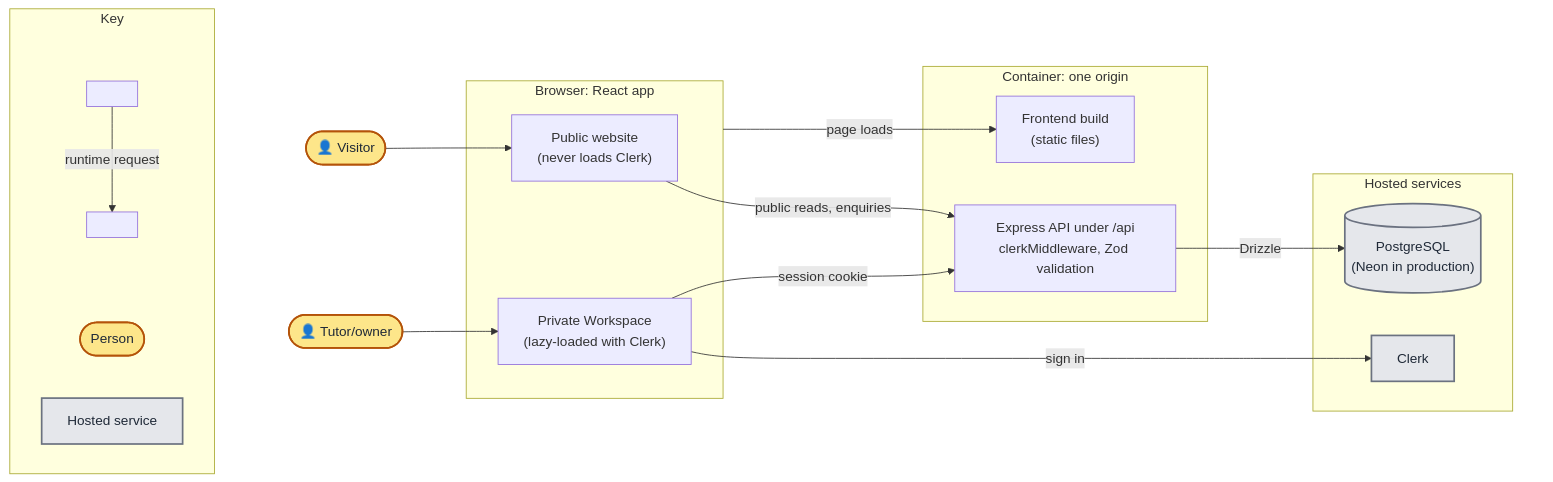
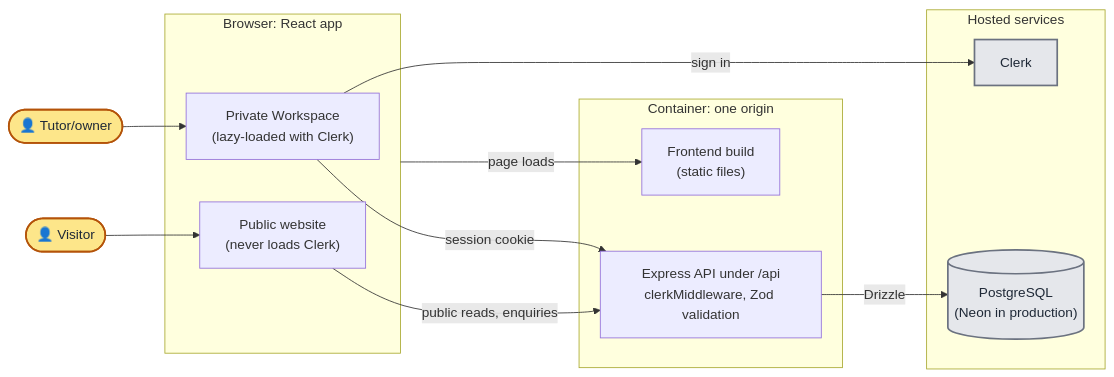
One commit to sumau/welltutored changed the first of 2 diagrams in docs/architecture.md. Above: the diagram before and after it, drawn with Mermaid.

Commit message:
Drop the architecture diagram's key

````diff
--- a/docs/architecture.md
+++ b/docs/architecture.md
@@ -14,49 +14,33 @@
 ```mermaid
 flowchart LR
   classDef person fill:#fde68a,stroke:#b45309,stroke-width:2px,color:#1f2937
   classDef external fill:#e5e7eb,stroke:#6b7280,stroke-width:2px,color:#1f2937
-  classDef hidden fill:none,stroke:none
 
-  subgraph system[" "]
-    direction LR
-    visitor(["👤 Visitor"]) --> public
-    tutor(["👤 Tutor/owner"]) --> workspace
+  visitor(["👤 Visitor"]) --> public
+  tutor(["👤 Tutor/owner"]) --> workspace
 
-    subgraph browser["Browser: React app"]
-      public["Public website<br/>(never loads Clerk)"]
-      workspace["Private Workspace<br/>(lazy-loaded with Clerk)"]
-    end
-
-    subgraph hosted["Hosted services"]
-      clerk["Clerk"]
-      db[("PostgreSQL<br/>(Neon in production)")]
-    end
-
-    workspace -- "sign in" --> clerk
-
-    subgraph container["Container: one origin"]
-      static["Frontend build<br/>(static files)"]
-      api["Express API under /api<br/>clerkMiddleware, Zod validation"]
-    end
-
-    browser -- "page loads" --> static
-    public -- "public reads, enquiries" --> api
-    workspace -- "session cookie" --> api
-    api -- "Drizzle" --> db
+  subgraph browser["Browser: React app"]
+    public["Public website<br/>(never loads Clerk)"]
+    workspace["Private Workspace<br/>(lazy-loaded with Clerk)"]
   end
 
-  subgraph key["Key"]
-    direction LR
-    keyPerson(["Person"])
-    keyHosted["Hosted service"]
-    subgraph keyArrow[" "]
-      keyFrom[" "] -- "runtime request" --> keyTo[" "]
-    end
+  subgraph hosted["Hosted services"]
+    clerk["Clerk"]
+    db[("PostgreSQL<br/>(Neon in production)")]
   end
 
-  key ~~~ system
+  workspace -- "sign in" --> clerk
 
-  class visitor,tutor,keyPerson person
-  class clerk,db,keyHosted external
-  class system,keyArrow hidden
+  subgraph container["Container: one origin"]
+    static["Frontend build<br/>(static files)"]
+    api["Express API under /api<br/>clerkMiddleware, Zod validation"]
+  end
+
+  browser -- "page loads" --> static
+  public -- "public reads, enquiries" --> api
+  workspace -- "session cookie" --> api
+  api -- "Drizzle" --> db
+
+  class visitor,tutor person
+  class clerk,db external
 ```
````
